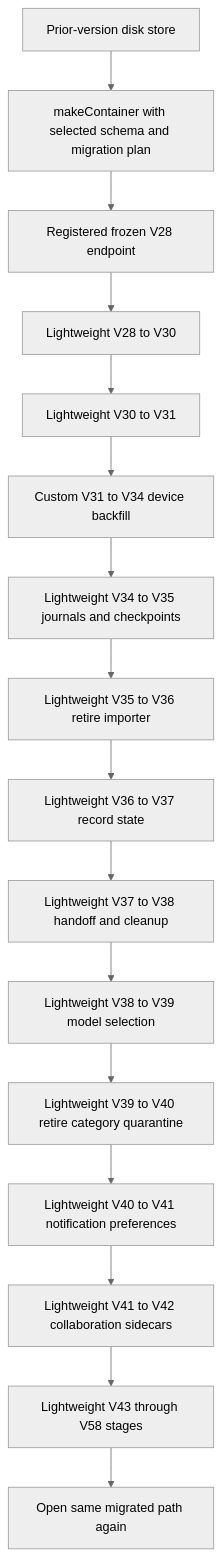
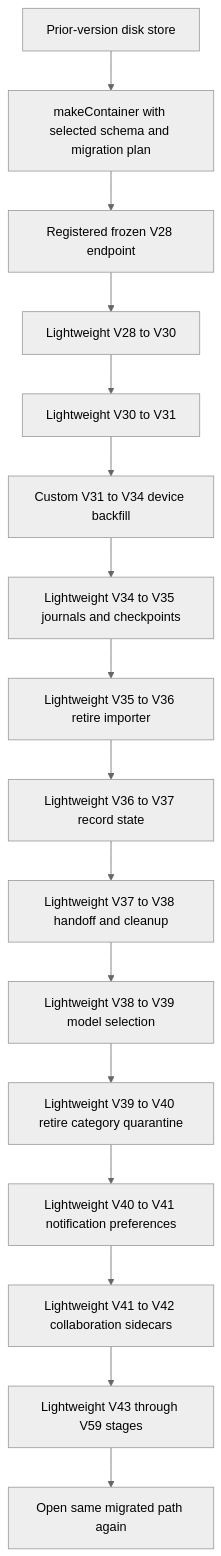
One commit to AkinoKaede/Termind changed the third of 7 diagrams in openwiki/concepts/persistence-and-secrets.md. Above: the diagram before and after it, drawn with Mermaid (neutral theme). The commit also changed other lines of this file and 54 other files, not shown here.

````diff
--- a/openwiki/concepts/persistence-and-secrets.md
+++ b/openwiki/concepts/persistence-and-secrets.md
@@ -271,18 +279,18 @@
 ```mermaid
 flowchart TD
     LegacyStore["Prior-version disk store"] --> Factory["makeContainer with selected schema and migration plan"]
     Factory --> V28["Registered frozen V28 endpoint"]
     V28 --> V30["Lightweight V28 to V30"]
     V30 --> V31["Lightweight V30 to V31"]
     V31 --> V34["Custom V31 to V34 device backfill"]
     V34 --> V35["Lightweight V34 to V35 journals and checkpoints"]
     V35 --> V36["Lightweight V35 to V36 retire importer"]
     V36 --> V37["Lightweight V36 to V37 record state"]
     V37 --> V38["Lightweight V37 to V38 handoff and cleanup"]
     V38 --> V39["Lightweight V38 to V39 model selection"]
     V39 --> V40["Lightweight V39 to V40 retire category quarantine"]
     V40 --> V41["Lightweight V40 to V41 notification preferences"]
     V41 --> V42["Lightweight V41 to V42 collaboration sidecars"]
-    V42 --> Later["Lightweight V43 through V58 stages"]
+    V42 --> Later["Lightweight V43 through V59 stages"]
     Later --> Reopen["Open same migrated path again"]
 ```
````
